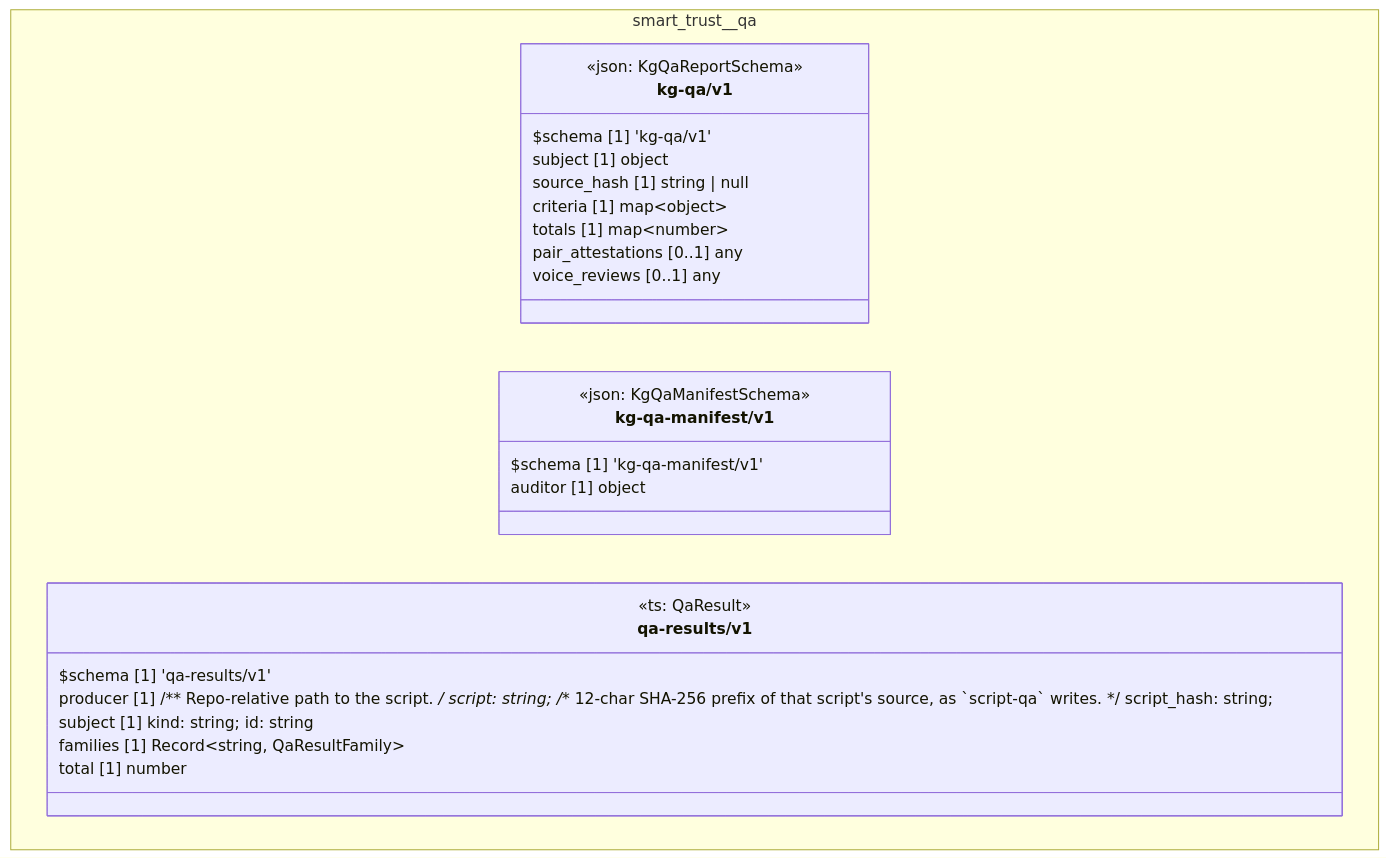
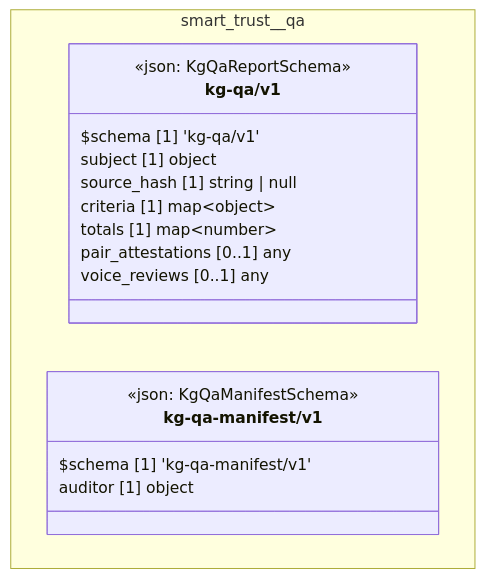
Before and after one commit to litlfred/folio-assistant: the diagram in cat-harness/docs/uml/overview/smart-trust/qa.md, drawn with Mermaid. The commit also changed other lines of this file and 81 other files, not shown here.

````diff
--- a/cat-harness/docs/uml/overview/smart-trust/qa.md
+++ b/cat-harness/docs/uml/overview/smart-trust/qa.md
@@ -42,32 +42,23 @@
 ```mermaid
 classDiagram
   direction TB
   namespace smart_trust__qa {
     class smart_trust_qa_kg_qa_v1_kg_qa_v1["kg-qa/v1"] {
       <<json: KgQaReportSchema>>
       $schema [1] 'kg-qa/v1'
       subject [1] object
       source_hash [1] string | null
       criteria [1] map~object~
       totals [1] map~number~
       pair_attestations [0..1] any
       voice_reviews [0..1] any
     }
     class smart_trust_qa_kg_qa_manifest_v1_kg_qa_manifest_v1["kg-qa-manifest/v1"] {
       <<json: KgQaManifestSchema>>
       $schema [1] 'kg-qa-manifest/v1'
       auditor [1] object
     }
-    class smart_trust_qa_qa_results_v1["qa-results/v1"] {
-      <<ts: QaResult>>
-      $schema [1] 'qa-results/v1'
-      producer [1]  /** Repo-relative path to the script. */ script: string; /** 12-char SHA-256 prefix of that script's source, as `script-qa` writes. */ script_hash: string; 
-      subject [1]  kind: string; id: string 
-      families [1] Record~string, QaResultFamily~
-      total [1] number
-    }
   }
   cssClass "smart_trust_qa_kg_qa_v1_kg_qa_v1" fa_uml_kind_qa
   cssClass "smart_trust_qa_kg_qa_manifest_v1_kg_qa_manifest_v1" fa_uml_kind_qa
-  cssClass "smart_trust_qa_qa_results_v1" fa_uml_kind_qa
 ```
````
